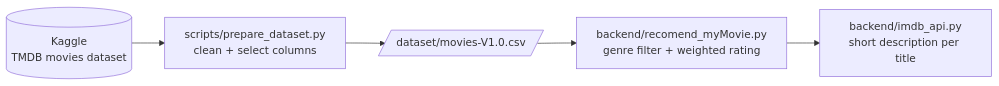
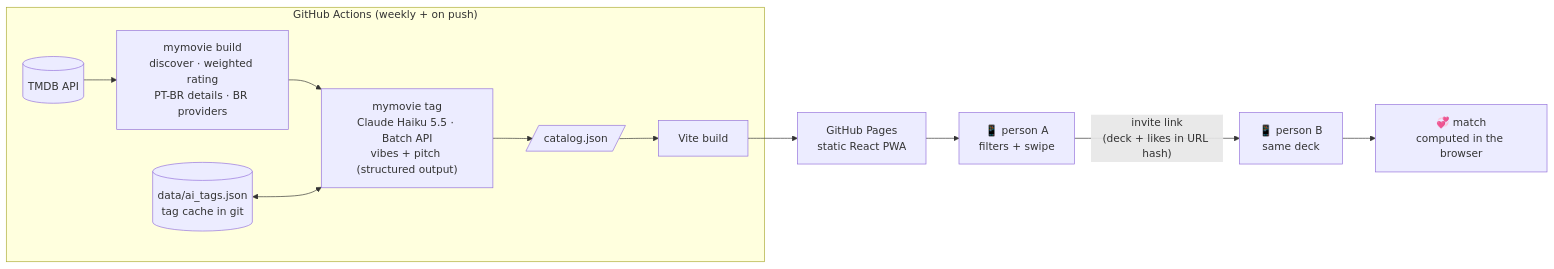
Before and after one commit to lucasnardivieira/myMovie: the diagram in README.md, drawn with Mermaid. The commit also changed other lines of this file and 13 other files, not shown here.

First line of the commit message:
ci: add CI and weekly catalog refresh + GitHub Pages deploy

````diff
--- a/README.md
+++ b/README.md
@@ -7,7 +28,14 @@
 ```mermaid
 flowchart LR
-    K[("Kaggle<br/>TMDB movies dataset")] --> P["scripts/prepare_dataset.py<br/>clean + select columns"]
-    P --> CSV[/"dataset/movies-V1.0.csv"/]
-    CSV --> R["backend/recomend_myMovie.py<br/>genre filter + weighted rating"]
-    R --> API["backend/imdb_api.py<br/>short description per title"]
+    subgraph weekly["GitHub Actions (weekly + on push)"]
+        TMDB[("TMDB API")] --> B["mymovie build<br/>discover · weighted rating<br/>PT-BR details · BR providers"]
+        B --> T["mymovie tag<br/>Claude Haiku 5.5 · Batch API<br/>vibes + pitch (structured output)"]
+        C[("data/ai_tags.json<br/>tag cache in git")] <--> T
+        T --> J[/"catalog.json"/]
+        J --> W["Vite build"]
+    end
+    W --> P["GitHub Pages<br/>static React PWA"]
+    P --> A["📱 person A<br/>filters + swipe"]
+    A -- "invite link<br/>(deck + likes in URL hash)" --> Bp["📱 person B<br/>same deck"]
+    Bp --> M["💞 match<br/>computed in the browser"]
 ```
````
